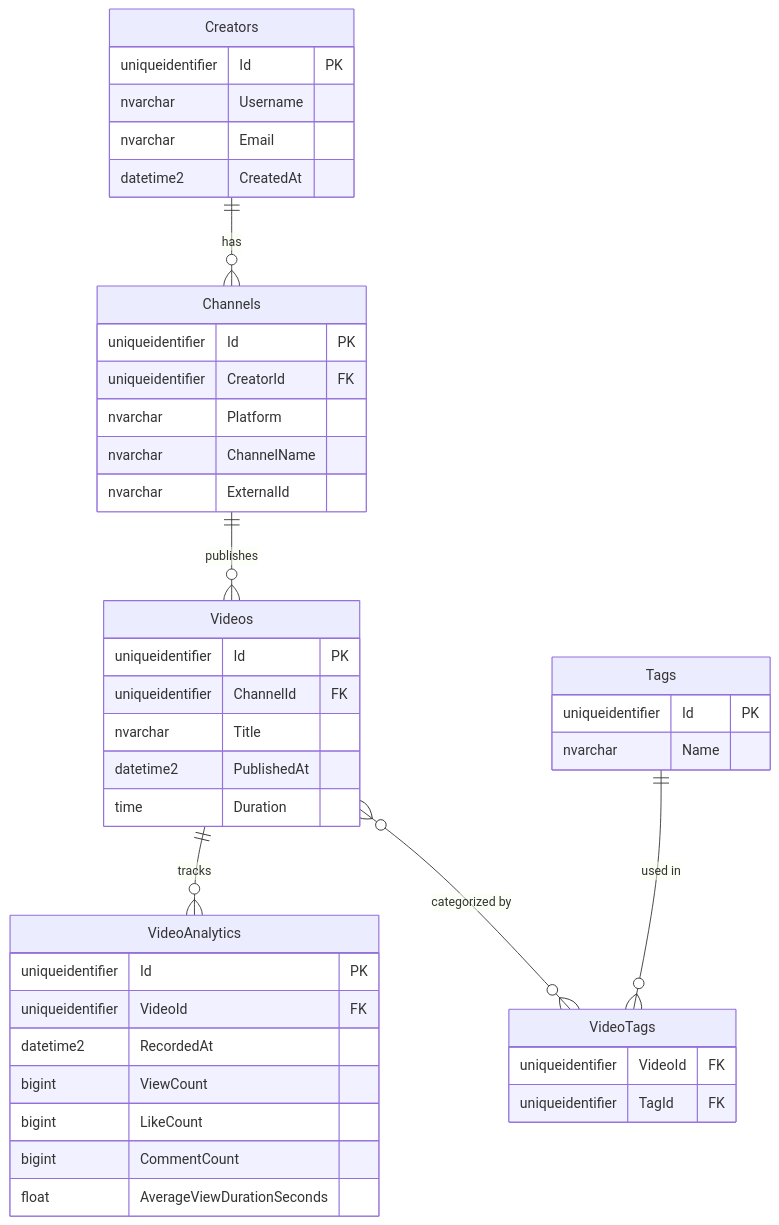
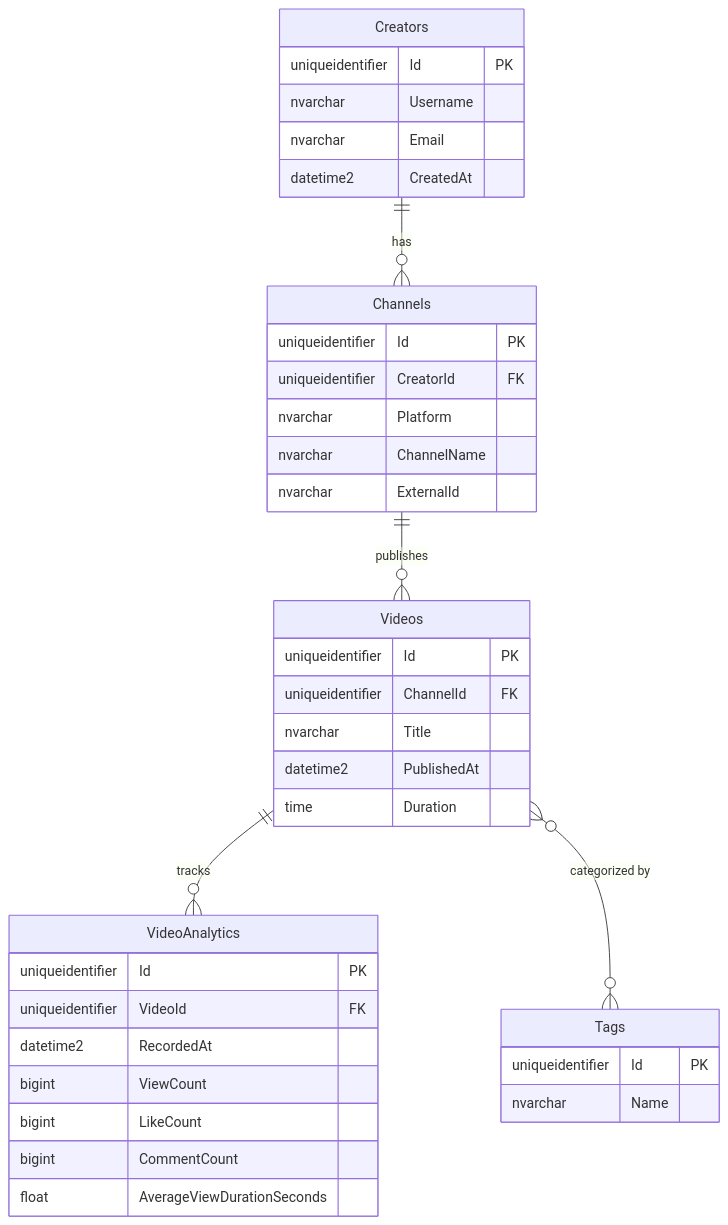
One commit to abdulrahmanhossam/creator-analytics changed the second of 4 diagrams in docs/Guide.md. Above: the diagram before and after it, drawn with Mermaid. The commit also changed other lines of this file and 1 other file, not shown here.

````diff
--- a/docs/Guide.md
+++ b/docs/Guide.md
@@ -88,46 +74,41 @@
 ```mermaid
 erDiagram
     Creators ||--o{ Channels : "has"
     Channels ||--o{ Videos : "publishes"
     Videos ||--o{ VideoAnalytics : "tracks"
-    Videos }o--o{ VideoTags : "categorized by"
-    Tags ||--o{ VideoTags : "used in"
+    Videos }o--o{ Tags : "categorized by"
 
     Creators {
         uniqueidentifier Id PK
         nvarchar Username
         nvarchar Email
         datetime2 CreatedAt
     }
     Channels {
         uniqueidentifier Id PK
         uniqueidentifier CreatorId FK
         nvarchar Platform
         nvarchar ChannelName
         nvarchar ExternalId
     }
     Videos {
         uniqueidentifier Id PK
         uniqueidentifier ChannelId FK
         nvarchar Title
         datetime2 PublishedAt
         time Duration
     }
     VideoAnalytics {
         uniqueidentifier Id PK
         uniqueidentifier VideoId FK
         datetime2 RecordedAt
         bigint ViewCount
         bigint LikeCount
         bigint CommentCount
         float AverageViewDurationSeconds
     }
     Tags {
         uniqueidentifier Id PK
         nvarchar Name
     }
-    VideoTags {
-        uniqueidentifier VideoId FK
-        uniqueidentifier TagId FK
-    }
 ```
````
